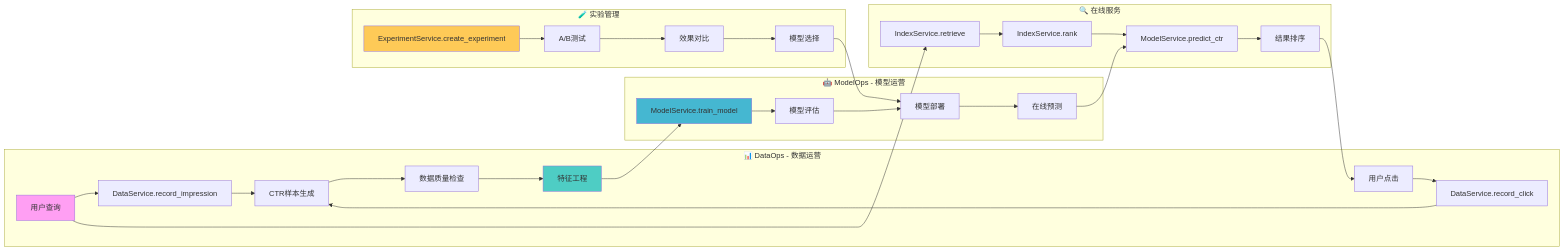
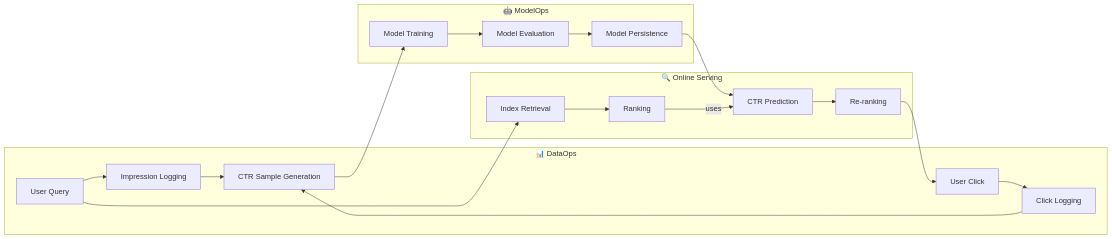
One commit to tylerelyt/test_bed changed the second of 2 diagrams in docs/PROJECT_OVERVIEW.md. Above: the diagram before and after it, drawn with Mermaid. The commit also changed other lines of this file and 12 other files, not shown here.

````diff
--- a/docs/PROJECT_OVERVIEW.md
+++ b/docs/PROJECT_OVERVIEW.md
@@ -85,41 +76,23 @@
 ```mermaid
 flowchart LR
-    subgraph "📊 DataOps - 数据运营"
-        A[用户查询] --> B[DataService.record_impression]
-        C[用户点击] --> D[DataService.record_click]
-        B --> E[CTR样本生成]
-        D --> E
-        E --> F[数据质量检查]
-        F --> G[特征工程]
+    subgraph "📊 DataOps"
+        A[User Query] --> B[Impression Logging]
+        C[User Click] --> D[Click Logging]
+        B & D --> E[CTR Sample Generation]
     end
-    
-    subgraph "🤖 ModelOps - 模型运营"
-        G --> H[ModelService.train_model]
-        H --> I[模型评估]
-        I --> J[模型部署]
-        J --> K[在线预测]
+
+    subgraph "🤖 ModelOps"
+        E --> G[Model Training]
+        G --> H[Model Evaluation]
+        H --> I[Model Persistence]
     end
-    
-    subgraph "🔍 在线服务"
-        A --> L[IndexService.retrieve]
-        L --> M[IndexService.rank]
-        M --> N[ModelService.predict_ctr]
-        N --> O[结果排序]
-        O --> C
+
+    subgraph "🔍 Online Serving"
+        A --> J[Index Retrieval]
+        J --> K[Ranking]
+        I --> L[CTR Prediction]
+        K -- uses --> L
+        L --> M[Re-ranking]
+        M --> C
     end
-    
-    subgraph "🧪 实验管理"
-        P[ExperimentService.create_experiment]
-        P --> Q[A/B测试]
-        Q --> R[效果对比]
-        R --> S[模型选择]
-    end
-    
-    K --> N
-    S --> J
-    
-    style A fill:#ff9ff3
-    style G fill:#4ecdc4
-    style H fill:#45b7d1
-    style P fill:#feca57
 ```
````
